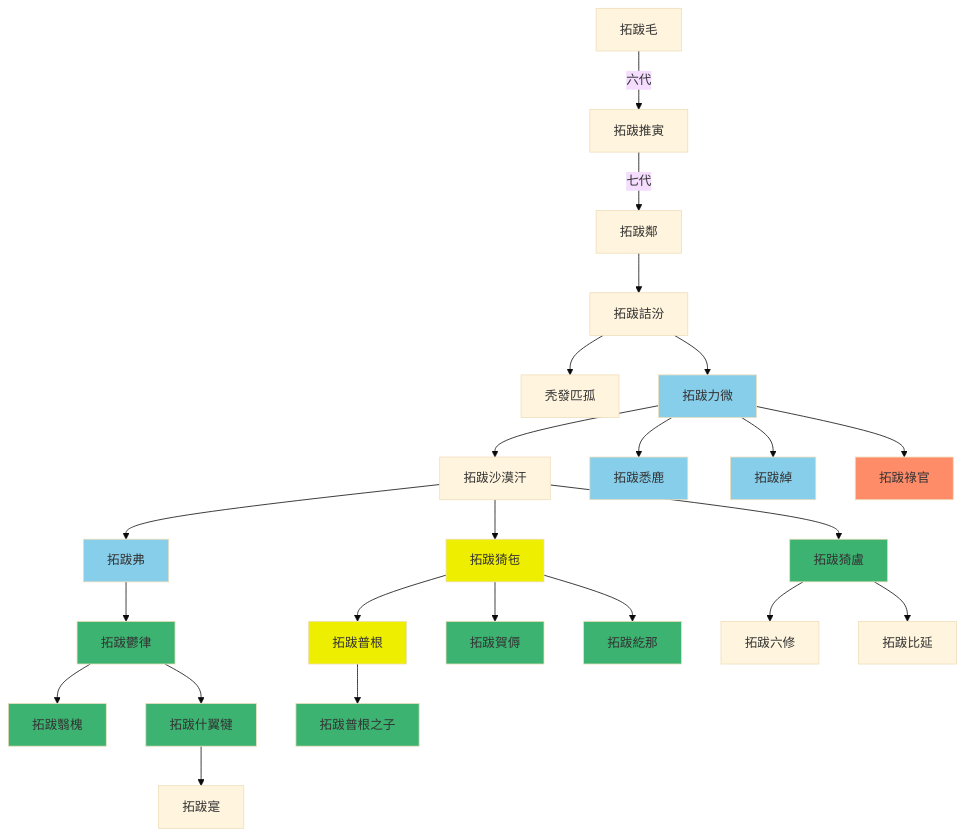
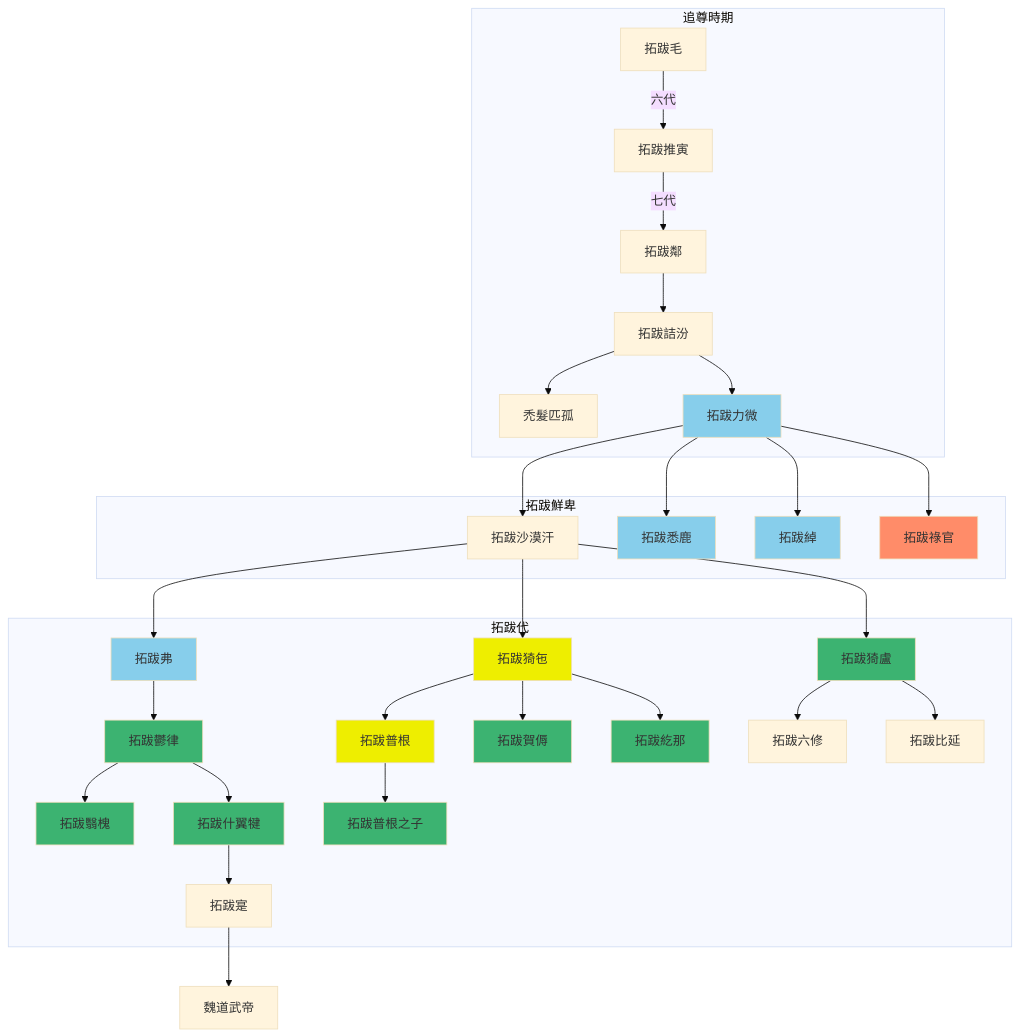
The first of 3 diagrams in 2_世系圖表/2.2_并立政權/晉/拓跋鮮卑-拓跋代世系圖表.md (gamefang/zizhitongjian), drawn with Mermaid (base theme) before and after one commit. The commit also changed other lines of this file and 15 other files, not shown here.

````diff
--- a/2_世系圖表/2.2_并立政權/晉/拓跋鮮卑-拓跋代世系圖表.md
+++ b/2_世系圖表/2.2_并立政權/晉/拓跋鮮卑-拓跋代世系圖表.md
@@ -18,47 +19,54 @@
 ```mermaid
 graph TB
+subgraph 追尊時期
+    拓跋毛--六代-->拓跋推寅
+    拓跋推寅--七代-->拓跋鄰
+    拓跋鄰-->拓跋詰汾
+    拓跋詰汾-->禿髮匹孤
+    拓跋詰汾-->拓跋力微
+end
 
-拓跋毛--六代-->拓跋推寅
-拓跋推寅--七代-->拓跋鄰
-拓跋鄰-->拓跋詰汾
-拓跋詰汾-->秃發匹孤
-拓跋詰汾-->拓跋力微
+subgraph 拓跋鮮卑
+    拓跋力微-->拓跋沙漠汗
+    拓跋力微-->拓跋悉鹿
+    拓跋力微-->拓跋綽
+    拓跋力微-->拓跋祿官
+end
 
-拓跋力微-->拓跋沙漠汗
-拓跋力微-->拓跋悉鹿
-拓跋力微-->拓跋綽
-拓跋力微-->拓跋祿官
+subgraph 拓跋代
+    拓跋沙漠汗-->拓跋弗
+    拓跋沙漠汗-->拓跋猗㐌
+    拓跋沙漠汗-->拓跋猗盧
 
-拓跋沙漠汗-->拓跋弗
-拓跋沙漠汗-->拓跋猗㐌
-拓跋沙漠汗-->拓跋猗盧
+    拓跋弗-->拓跋鬱律
 
-拓跋弗-->拓跋鬱律
+    拓跋猗㐌-->拓跋普根
+    拓跋猗㐌-->拓跋賀傉
+    拓跋猗㐌-->拓跋紇那
 
-拓跋猗㐌-->拓跋普根
-拓跋猗㐌-->拓跋賀傉
-拓跋猗㐌-->拓跋紇那
+    拓跋猗盧-->拓跋六修
+    拓跋猗盧-->拓跋比延
 
-拓跋猗盧-->拓跋六修
-拓跋猗盧-->拓跋比延
+    拓跋鬱律-->拓跋翳槐
+    拓跋鬱律-->拓跋什翼犍
 
-拓跋鬱律-->拓跋翳槐
-拓跋鬱律-->拓跋什翼犍
+    拓跋普根-->拓跋普根之子
 
-拓跋普根-->拓跋普根之子
+    拓跋什翼犍-->拓跋寔
+end
 
-拓跋什翼犍-->拓跋寔
+拓跋寔-->魏道武帝
 
 classDef tuoba fill:#87CEEB
 class 拓跋力微,拓跋悉鹿,拓跋綽,拓跋弗 tuoba
 
 classDef tuobaeast fill:#FF8C69
 class 拓跋祿官 tuobaeast
 
 classDef tuobamiddle fill:#EEEE00
 class 拓跋猗㐌,拓跋普根 tuobamiddle
 
 classDef tuobadai fill:#3CB371
 class 拓跋猗盧,拓跋普根之子,拓跋鬱律,拓跋賀傉,拓跋紇那,拓跋翳槐,拓跋什翼犍 tuobadai
 
 ```
````
